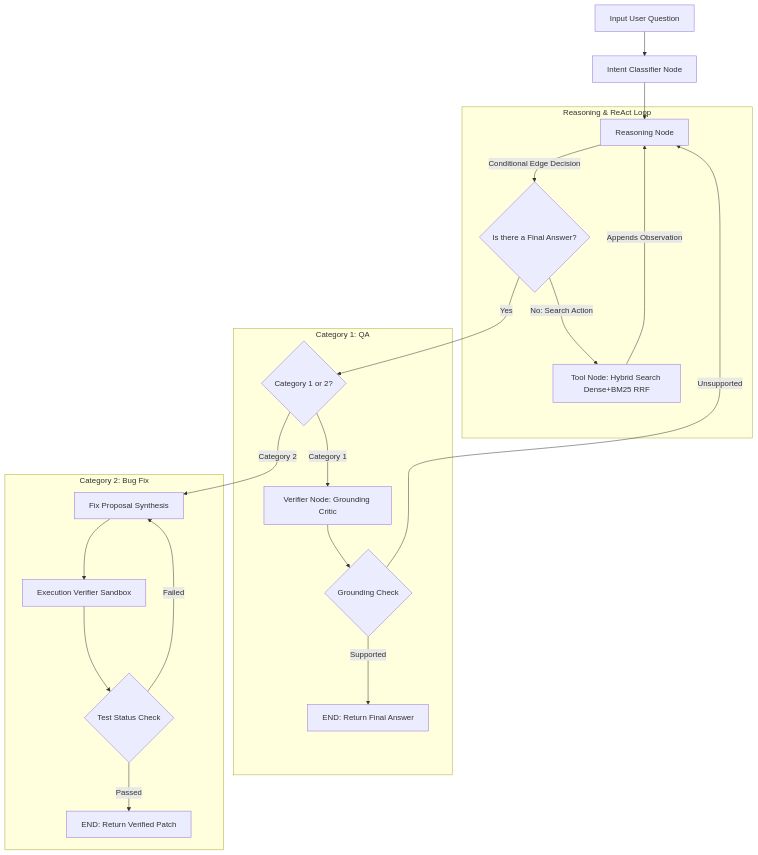
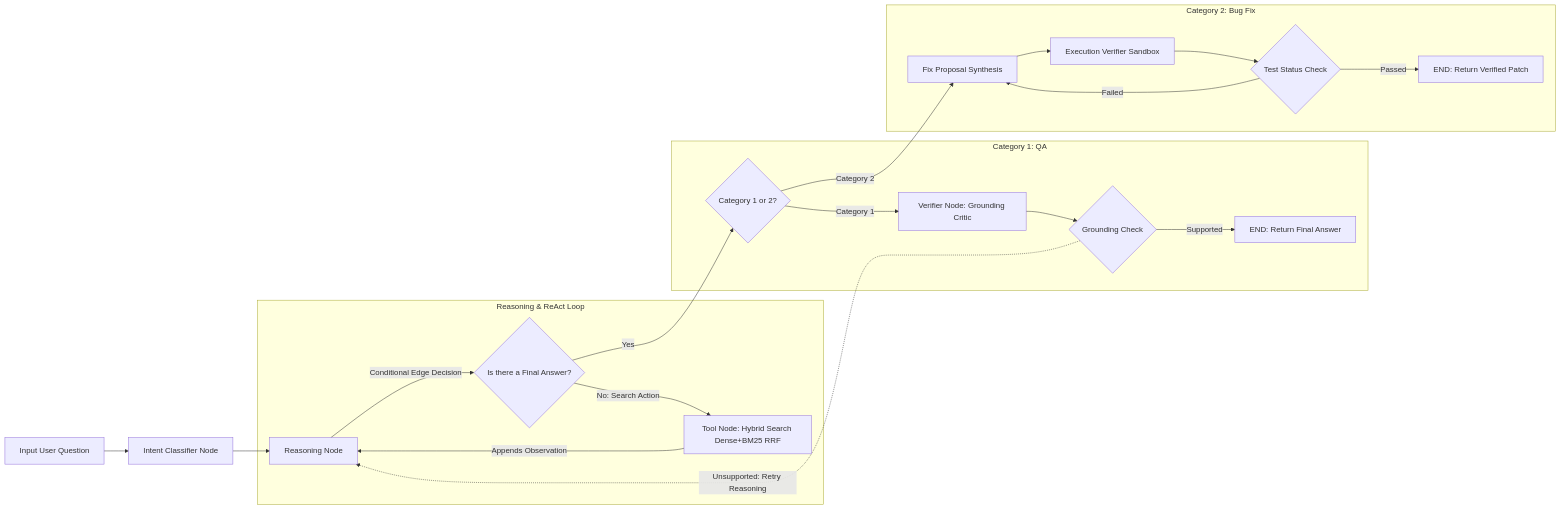
The diagram in README.md (dhruvkachhela/AI-coding-agent), drawn with Mermaid before and after one commit. The commit also changed other lines of this file and 1 other file, not shown here.

Commit message:
Update README with latest sandbox infrastructure and fix architecture diagram routing

````diff
--- a/README.md
+++ b/README.md
@@ -24,29 +24,29 @@
 ```mermaid
-graph TD
+graph LR
     A[Input User Question] --> B[Intent Classifier Node]
     B --> C
     
     subgraph Reasoning & ReAct Loop
     C[Reasoning Node]
     C -->|Conditional Edge Decision| D{Is there a Final Answer?}
     D -->|No: Search Action| E[Tool Node: Hybrid Search Dense+BM25 RRF]
     E -->|Appends Observation| C
     end
     
     D -->|Yes| F{Category 1 or 2?}
     
     subgraph Category 1: QA
     F -->|Category 1| G[Verifier Node: Grounding Critic]
     G --> H{Grounding Check}
-    H -->|Unsupported| C
+    H -.->|Unsupported: Retry Reasoning| C
     H -->|Supported| I[END: Return Final Answer]
     end
     
     subgraph Category 2: Bug Fix
     F -->|Category 2| J[Fix Proposal Synthesis]
     J --> K[Execution Verifier Sandbox]
     K --> L{Test Status Check}
     L -->|Failed| J
     L -->|Passed| M[END: Return Verified Patch]
     end
 ```
````
